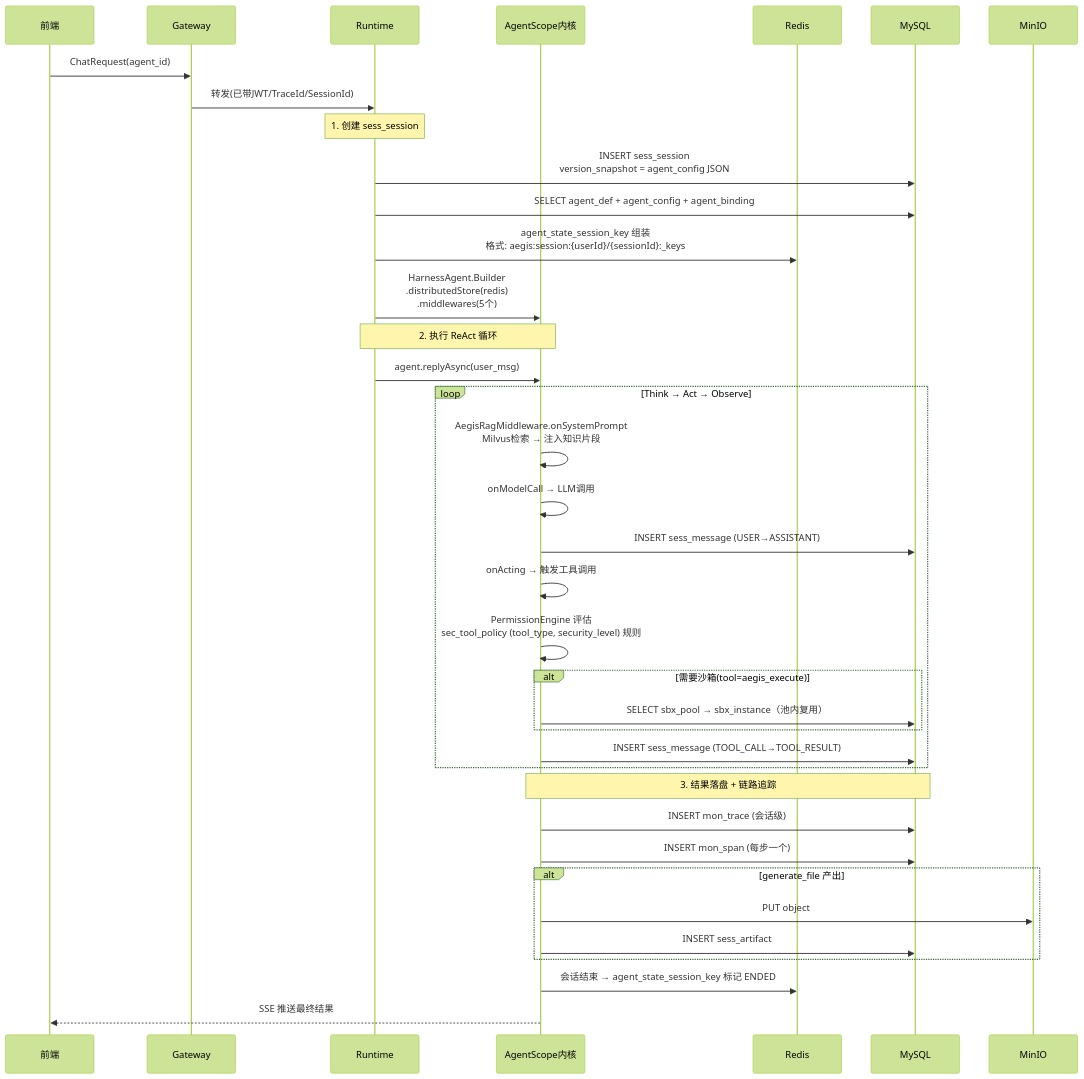
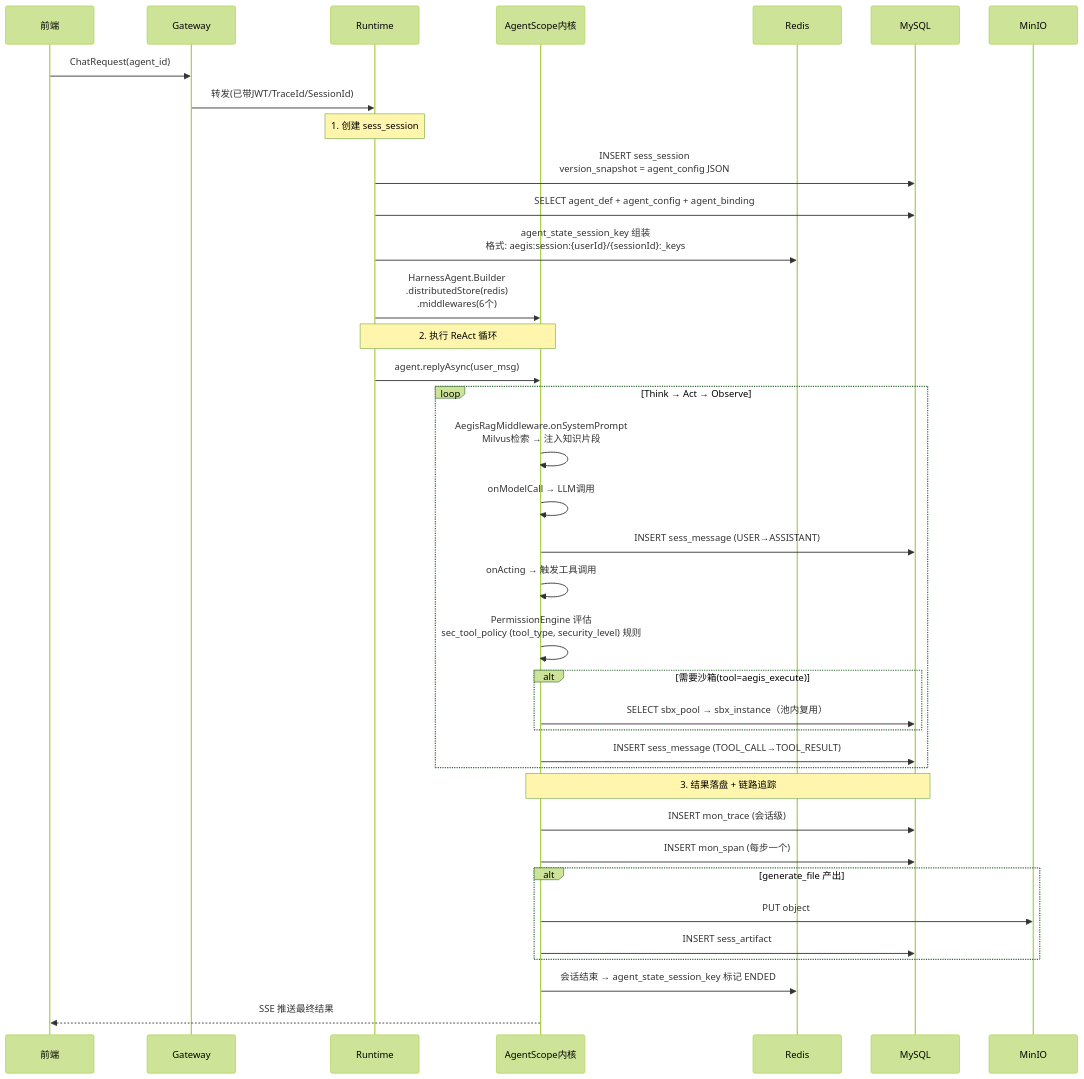
The seventh of 18 diagrams in docs/data-model.md (HarnessAgentStack/AegisAgent), drawn with Mermaid (forest theme) before and after one commit. The commit also changed other lines of this file and 106 other files, not shown here.

````diff
--- a/docs/data-model.md
+++ b/docs/data-model.md
@@ -363,43 +363,43 @@
 ```mermaid
 sequenceDiagram
     participant FE as 前端
     participant GW as Gateway
     participant RT as Runtime
     participant AS as AgentScope内核
     participant Redis as Redis
     participant MySQL as MySQL
     participant MinIO as MinIO
 
     FE->>GW: ChatRequest(agent_id)
     GW->>RT: 转发(已带JWT/TraceId/SessionId)
 
     Note over RT: 1. 创建 sess_session
     RT->>MySQL: INSERT sess_session<br/>version_snapshot = agent_config JSON
     RT->>MySQL: SELECT agent_def + agent_config + agent_binding
     RT->>Redis: agent_state_session_key 组装<br/>格式: aegis:session:{userId}/{sessionId}:_keys
-    RT->>AS: HarnessAgent.Builder<br/>.distributedStore(redis)<br/>.middlewares(5个)
+    RT->>AS: HarnessAgent.Builder<br/>.distributedStore(redis)<br/>.middlewares(6个)
 
     Note over RT,AS: 2. 执行 ReAct 循环
     RT->>AS: agent.replyAsync(user_msg)
     loop Think → Act → Observe
         AS->>AS: AegisRagMiddleware.onSystemPrompt<br/>Milvus检索 → 注入知识片段
         AS->>AS: onModelCall → LLM调用
         AS->>MySQL: INSERT sess_message (USER→ASSISTANT)
         AS->>AS: onActing → 触发工具调用
         AS->>AS: PermissionEngine 评估<br/>sec_tool_policy (tool_type, security_level) 规则
         alt 需要沙箱(tool=aegis_execute)
             AS->>MySQL: SELECT sbx_pool → sbx_instance（池内复用）
         end
         AS->>MySQL: INSERT sess_message (TOOL_CALL→TOOL_RESULT)
     end
 
     Note over AS,MySQL: 3. 结果落盘 + 链路追踪
     AS->>MySQL: INSERT mon_trace (会话级)
     AS->>MySQL: INSERT mon_span (每步一个)
     alt generate_file 产出
         AS->>MinIO: PUT object
         AS->>MySQL: INSERT sess_artifact
     end
     AS->>Redis: 会话结束 → agent_state_session_key 标记 ENDED
     AS-->>FE: SSE 推送最终结果
 ```
````
